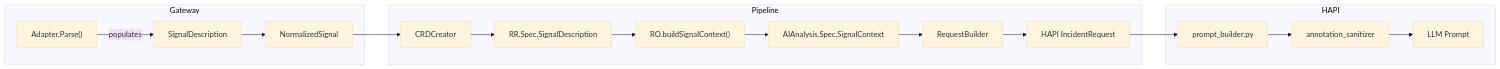
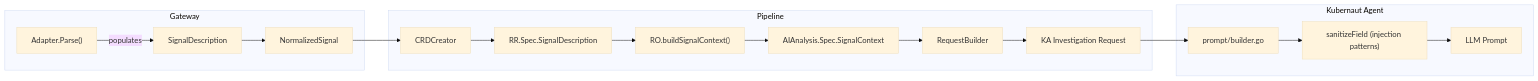
The diagram in docs/architecture/decisions/DD-GATEWAY-017-normalized-signal-description.md (jordigilh/kubernaut), drawn with Mermaid (base theme) before and after one commit. The commit also changed other lines of this file and 127 other files, not shown here.

````diff
--- a/docs/architecture/decisions/DD-GATEWAY-017-normalized-signal-description.md
+++ b/docs/architecture/decisions/DD-GATEWAY-017-normalized-signal-description.md
@@ -176,20 +185,20 @@
 ```mermaid
 flowchart LR
     subgraph gw [Gateway]
         Adapter["Adapter.Parse()"] -->|populates| SD["SignalDescription"]
         SD --> NS["NormalizedSignal"]
     end
     subgraph pipeline [Pipeline]
         NS --> CRD["CRDCreator"]
         CRD --> RR["RR.Spec.SignalDescription"]
         RR --> RO["RO.buildSignalContext()"]
         RO --> AA["AIAnalysis.Spec.SignalContext"]
         AA --> RB["RequestBuilder"]
-        RB --> HAPI["HAPI IncidentRequest"]
+        RB --> KA["KA Investigation Request"]
     end
-    subgraph hapi [HAPI]
-        HAPI --> PB["prompt_builder.py"]
-        PB --> Sanitize["annotation_sanitizer"]
+    subgraph ka [Kubernaut Agent]
+        KA --> PB["prompt/builder.go"]
+        PB --> Sanitize["sanitizeField (injection patterns)"]
         Sanitize --> Prompt["LLM Prompt"]
     end
 ```
````
